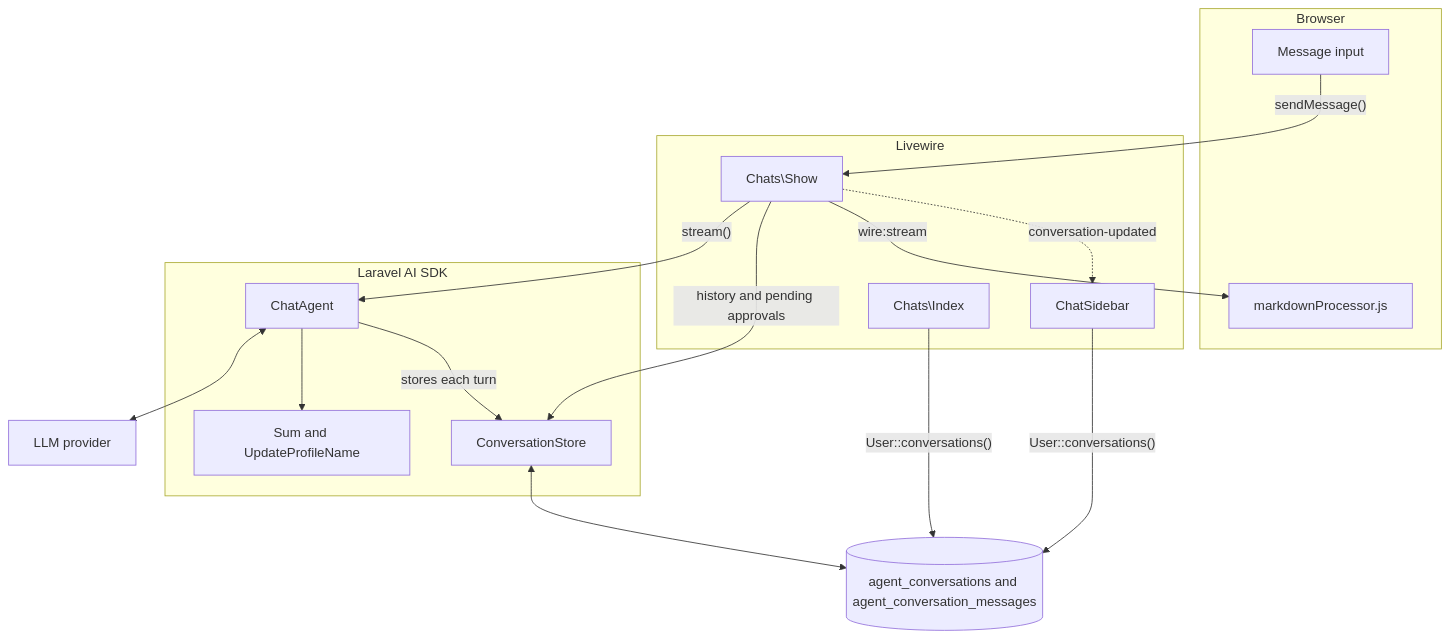
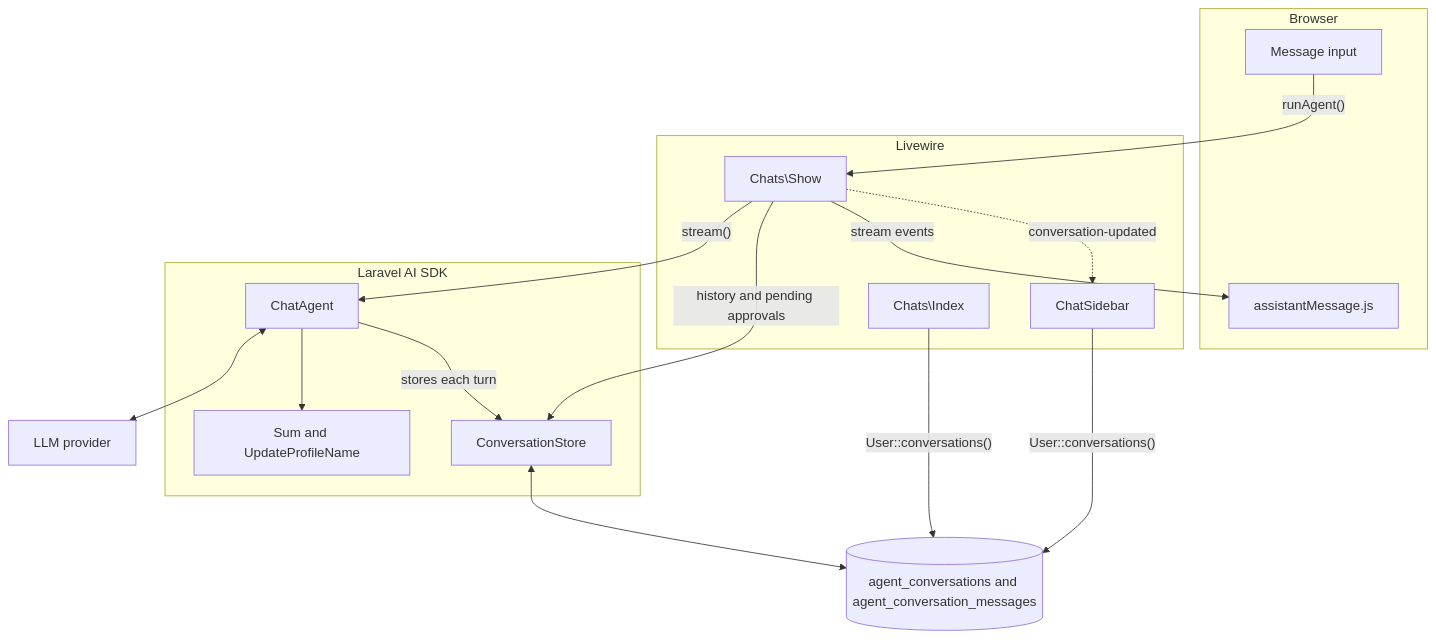
Before and after one commit to kauffinger/livewire-chat: the first of 4 diagrams in README.md, drawn with Mermaid. The commit also changed other lines of this file and 14 other files, not shown here.

First line of the commit message:
refactor: stream ai sdk events straight to the browser (#8)

````diff
--- a/README.md
+++ b/README.md
@@ -98,34 +98,34 @@
 ```mermaid
 flowchart TB
     subgraph Browser
         Input["Message input"]
-        Markdown["markdownProcessor.js"]
+        Message["assistantMessage.js"]
     end
 
     subgraph Livewire
         Show["Chats\Show"]
         Sidebar["ChatSidebar"]
         Index["Chats\Index"]
     end
 
     subgraph SDK["Laravel AI SDK"]
         Agent["ChatAgent"]
         Tools["Sum and UpdateProfileName"]
         Store["ConversationStore"]
     end
 
     Provider["LLM provider"]
     Database[("agent_conversations and agent_conversation_messages")]
 
-    Input -- "sendMessage()" --> Show
+    Input -- "runAgent()" --> Show
     Show -- "stream()" --> Agent
     Agent <--> Provider
     Agent --> Tools
     Agent -- "stores each turn" --> Store
     Show -- "history and pending approvals" --> Store
     Store <--> Database
-    Show -- "wire:stream" --> Markdown
+    Show -- "stream events" --> Message
     Show -. "conversation-updated" .-> Sidebar
     Sidebar -- "User::conversations()" --> Database
     Index -- "User::conversations()" --> Database
 ```
````
